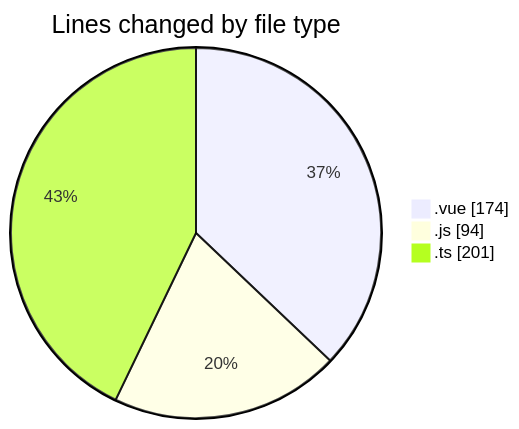
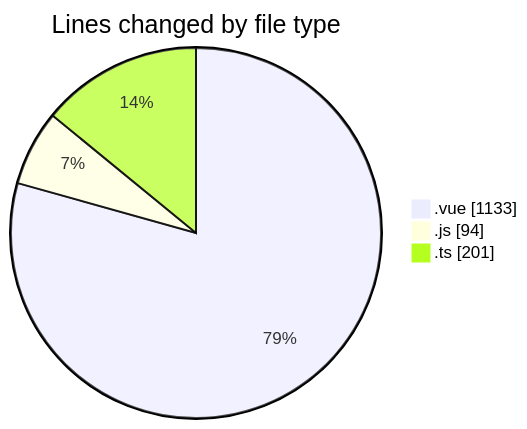
The first of 2 diagrams in 2025-08-12/rentotp/README.md (lephambinh05/code-tracking), drawn with Mermaid before and after one commit. The commit also changed other lines of this file and 1 other file, not shown here.

````diff
--- a/2025-08-12/rentotp/README.md
+++ b/2025-08-12/rentotp/README.md
@@ -23,7 +25,7 @@
 ```mermaid
 pie showData
 title Lines changed by file type
-".vue" : 174
+".vue" : 1133
 ".js" : 94
 ".ts" : 201
 ```
````
